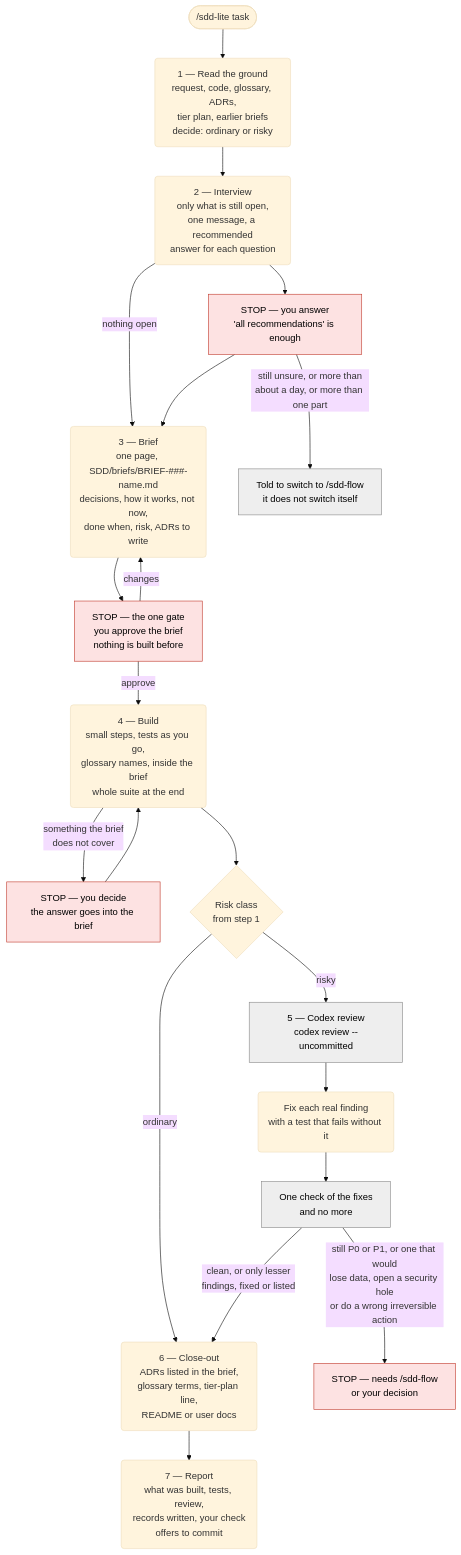
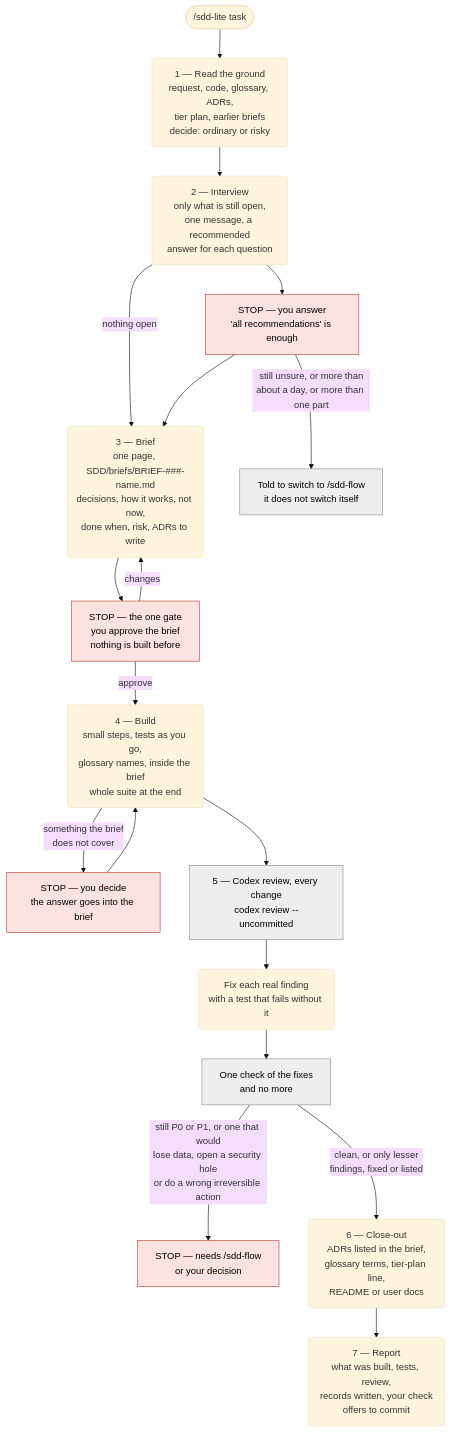
The second of 2 diagrams in agent-engineering/docs/sdd-lite-diagram.md (pablooliva/claude-plugins), drawn with Mermaid (base theme) before and after one commit. The commit also changed other lines of this file and 6 other files, not shown here.

````diff
--- a/agent-engineering/docs/sdd-lite-diagram.md
+++ b/agent-engineering/docs/sdd-lite-diagram.md
@@ -27,26 +27,24 @@
 ```mermaid
 flowchart TD
     start(["/sdd-lite task"]) --> s1("1 — Read the ground<br/>request, code, glossary, ADRs,<br/>tier plan, earlier briefs<br/>decide: ordinary or risky")
     s1 --> s2("2 — Interview<br/>only what is still open,<br/>one message, a recommended<br/>answer for each question")
     s2 -- "nothing open" --> s3
     s2 --> answers["STOP — you answer<br/>'all recommendations' is enough"]:::stop
     answers -- "still unsure, or more than<br/>about a day, or more than one part" --> toflow["Told to switch to /sdd-flow<br/>it does not switch itself"]:::other
     answers --> s3("3 — Brief<br/>one page, SDD/briefs/BRIEF-###-name.md<br/>decisions, how it works, not now,<br/>done when, risk, ADRs to write")
     s3 --> gate["STOP — the one gate<br/>you approve the brief<br/>nothing is built before"]:::stop
     gate -- "changes" --> s3
     gate -- "approve" --> s4("4 — Build<br/>small steps, tests as you go,<br/>glossary names, inside the brief<br/>whole suite at the end")
     s4 -- "something the brief<br/>does not cover" --> ask["STOP — you decide<br/>the answer goes into the brief"]:::stop
     ask --> s4
-    s4 --> risk{"Risk class<br/>from step 1"}
-    risk -- "ordinary" --> s6
-    risk -- "risky" --> r1["5 — Codex review<br/>codex review --uncommitted"]:::other
+    s4 --> r1["5 — Codex review, every change<br/>codex review --uncommitted"]:::other
     r1 --> fix("Fix each real finding<br/>with a test that fails without it")
     fix --> r2["One check of the fixes<br/>and no more"]:::other
     r2 -- "still P0 or P1, or one that would<br/>lose data, open a security hole<br/>or do a wrong irreversible action" --> halt["STOP — needs /sdd-flow<br/>or your decision"]:::stop
     r2 -- "clean, or only lesser<br/>findings, fixed or listed" --> s6
     s6("6 — Close-out<br/>ADRs listed in the brief,<br/>glossary terms, tier-plan line,<br/>README or user docs")
     s6 --> s7("7 — Report<br/>what was built, tests, review,<br/>records written, your check<br/>offers to commit")
 
     classDef stop fill:#fde2e2,stroke:#c0392b,color:#000
     classDef other fill:#eeeeee,stroke:#888888,color:#000
 ```
````
